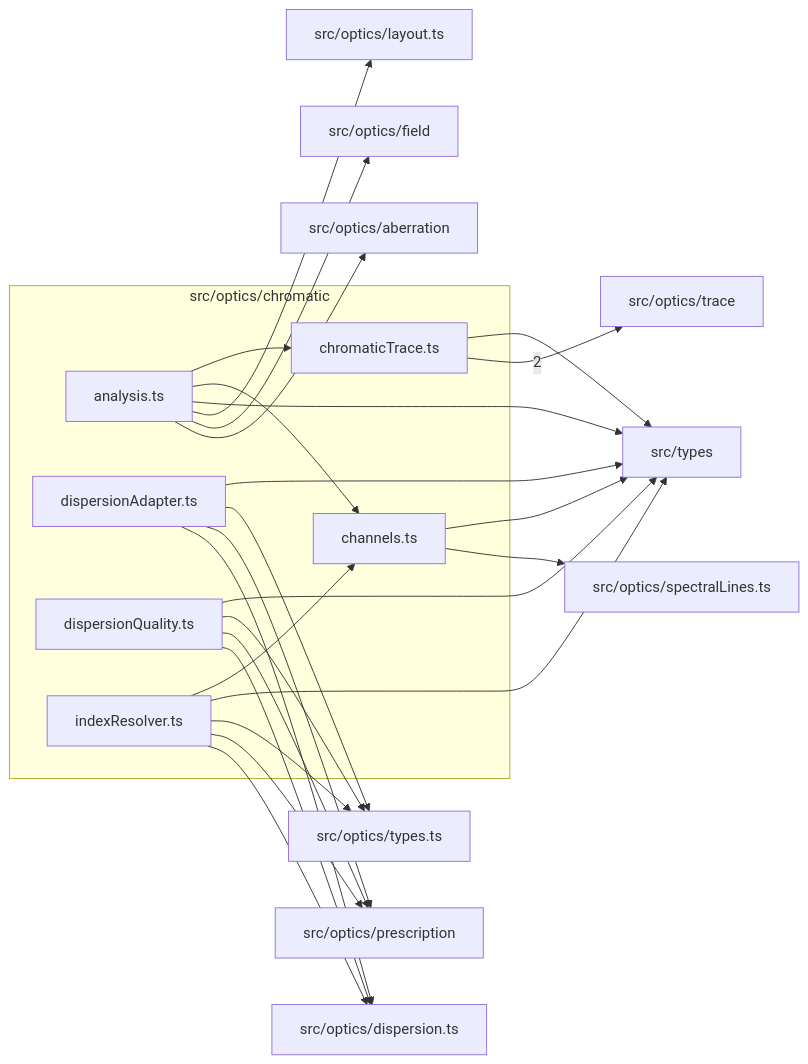
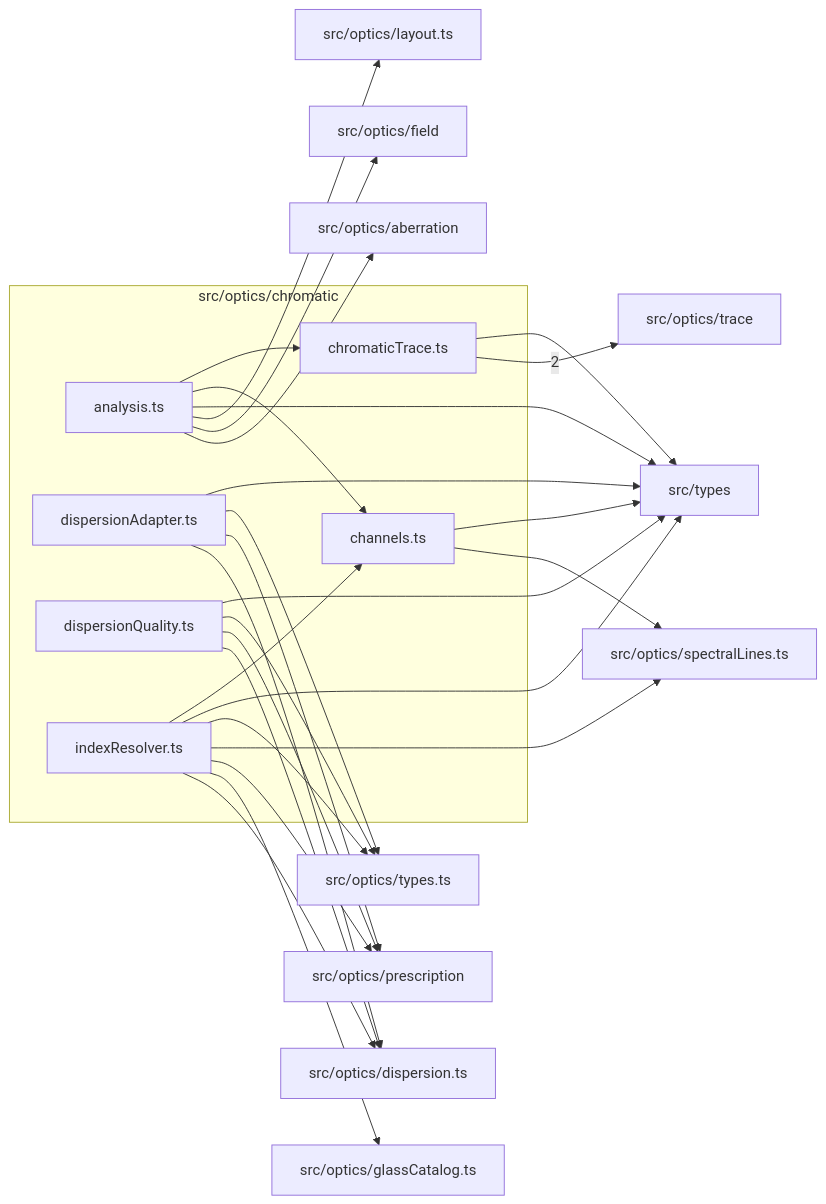
Before and after one commit to ronbuening/LensVisualizer: the diagram in src/optics/chromatic/readme.md, drawn with Mermaid. The commit also changed other lines of this file and 262 other files, not shown here.

Commit message:
Add simulated MTF with manufacturer-style charts, accuracy review and image-plane source audits (#736)

````diff
--- a/src/optics/chromatic/readme.md
+++ b/src/optics/chromatic/readme.md
@@ -9,43 +9,46 @@
 ```mermaid
 flowchart LR
   subgraph n_src_optics_chromatic["src/optics/chromatic"]
     n_src_optics_chromatic_src_optics_chromatic_analysis_ts["analysis.ts"]
     n_src_optics_chromatic_src_optics_chromatic_channels_ts["channels.ts"]
     n_src_optics_chromatic_src_optics_chromatic_chromaticTrace_ts["chromaticTrace.ts"]
     n_src_optics_chromatic_src_optics_chromatic_dispersionAdapter_ts["dispersionAdapter.ts"]
     n_src_optics_chromatic_src_optics_chromatic_dispersionQuality_ts["dispersionQuality.ts"]
     n_src_optics_chromatic_src_optics_chromatic_indexResolver_ts["indexResolver.ts"]
   end
   n_external_src_optics_trace["src/optics/trace"]
   n_external_src_optics_aberration["src/optics/aberration"]
   n_external_src_optics_dispersion_ts["src/optics/dispersion.ts"]
   n_external_src_optics_field["src/optics/field"]
+  n_external_src_optics_glassCatalog_ts["src/optics/glassCatalog.ts"]
   n_external_src_optics_layout_ts["src/optics/layout.ts"]
   n_external_src_optics_prescription["src/optics/prescription"]
   n_external_src_optics_spectralLines_ts["src/optics/spectralLines.ts"]
   n_external_src_optics_types_ts["src/optics/types.ts"]
   n_external_src_types["src/types"]
   n_src_optics_chromatic_src_optics_chromatic_chromaticTrace_ts --> |2| n_external_src_optics_trace
   n_src_optics_chromatic_src_optics_chromatic_analysis_ts --> n_external_src_optics_aberration
   n_src_optics_chromatic_src_optics_chromatic_dispersionAdapter_ts --> n_external_src_optics_dispersion_ts
   n_src_optics_chromatic_src_optics_chromatic_dispersionQuality_ts --> n_external_src_optics_dispersion_ts
   n_src_optics_chromatic_src_optics_chromatic_indexResolver_ts --> n_external_src_optics_dispersion_ts
   n_src_optics_chromatic_src_optics_chromatic_analysis_ts --> n_external_src_optics_field
+  n_src_optics_chromatic_src_optics_chromatic_indexResolver_ts --> n_external_src_optics_glassCatalog_ts
   n_src_optics_chromatic_src_optics_chromatic_analysis_ts --> n_external_src_optics_layout_ts
   n_src_optics_chromatic_src_optics_chromatic_dispersionAdapter_ts --> n_external_src_optics_prescription
   n_src_optics_chromatic_src_optics_chromatic_dispersionQuality_ts --> n_external_src_optics_prescription
   n_src_optics_chromatic_src_optics_chromatic_indexResolver_ts --> n_external_src_optics_prescription
   n_src_optics_chromatic_src_optics_chromatic_channels_ts --> n_external_src_optics_spectralLines_ts
+  n_src_optics_chromatic_src_optics_chromatic_indexResolver_ts --> n_external_src_optics_spectralLines_ts
   n_src_optics_chromatic_src_optics_chromatic_dispersionAdapter_ts --> n_external_src_optics_types_ts
   n_src_optics_chromatic_src_optics_chromatic_dispersionQuality_ts --> n_external_src_optics_types_ts
   n_src_optics_chromatic_src_optics_chromatic_indexResolver_ts --> n_external_src_optics_types_ts
   n_src_optics_chromatic_src_optics_chromatic_analysis_ts --> n_external_src_types
   n_src_optics_chromatic_src_optics_chromatic_channels_ts --> n_external_src_types
   n_src_optics_chromatic_src_optics_chromatic_chromaticTrace_ts --> n_external_src_types
   n_src_optics_chromatic_src_optics_chromatic_dispersionAdapter_ts --> n_external_src_types
   n_src_optics_chromatic_src_optics_chromatic_dispersionQuality_ts --> n_external_src_types
   n_src_optics_chromatic_src_optics_chromatic_indexResolver_ts --> n_external_src_types
   n_src_optics_chromatic_src_optics_chromatic_analysis_ts --> n_src_optics_chromatic_src_optics_chromatic_channels_ts
   n_src_optics_chromatic_src_optics_chromatic_indexResolver_ts --> n_src_optics_chromatic_src_optics_chromatic_channels_ts
   n_src_optics_chromatic_src_optics_chromatic_analysis_ts --> n_src_optics_chromatic_src_optics_chromatic_chromaticTrace_ts
 ```
````
